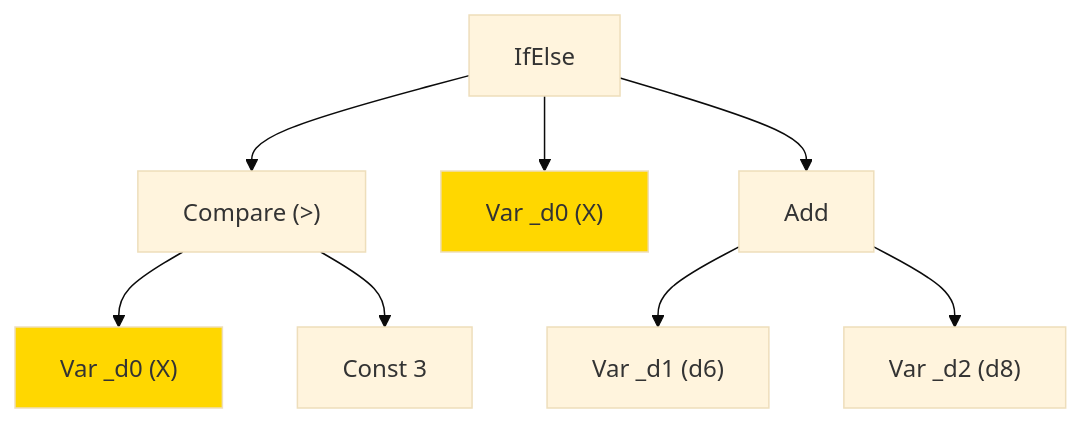
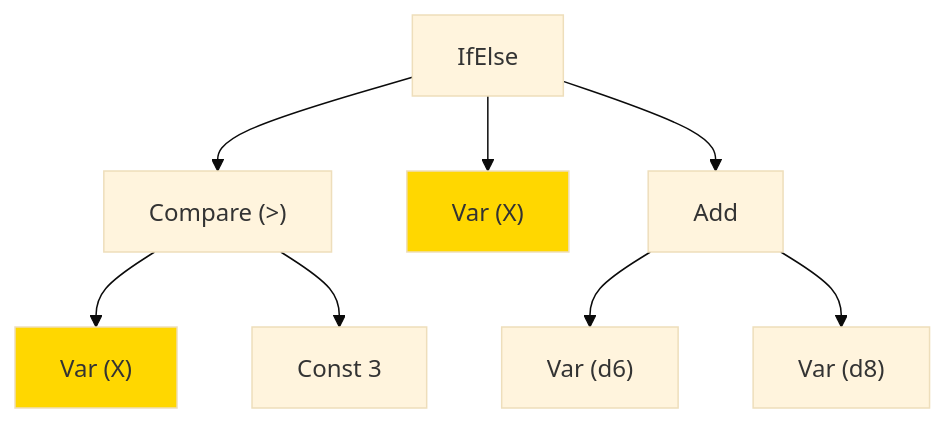
Before and after one commit to BertilBraun/Dice-Probabilities: the fourth of 5 diagrams in README.md, drawn with Mermaid (base theme). The commit also changed other lines of this file, not shown here.

````diff
--- a/README.md
+++ b/README.md
@@ -165,13 +164,13 @@
 ```mermaid
 graph TD
     IfElse --> cond["Compare (&gt;)"]
-    IfElse --> then_var["Var _d0  (X)"]
+    IfElse --> then_var["Var (X)"]
     IfElse --> else_add[Add]
-    cond --> d0_cond["Var _d0  (X)"]
+    cond --> d0_cond["Var (X)"]
     cond --> c3["Const 3"]
-    else_add --> d1["Var _d1  (d6)"]
-    else_add --> d2["Var _d2  (d8)"]
+    else_add --> d1["Var (d6)"]
+    else_add --> d2["Var (d8)"]
 
     style then_var fill:#ffd700
     style d0_cond fill:#ffd700
 ```
````
